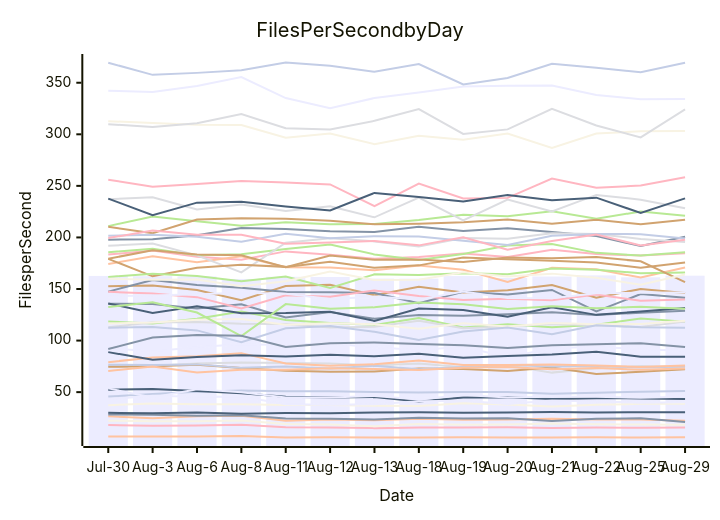
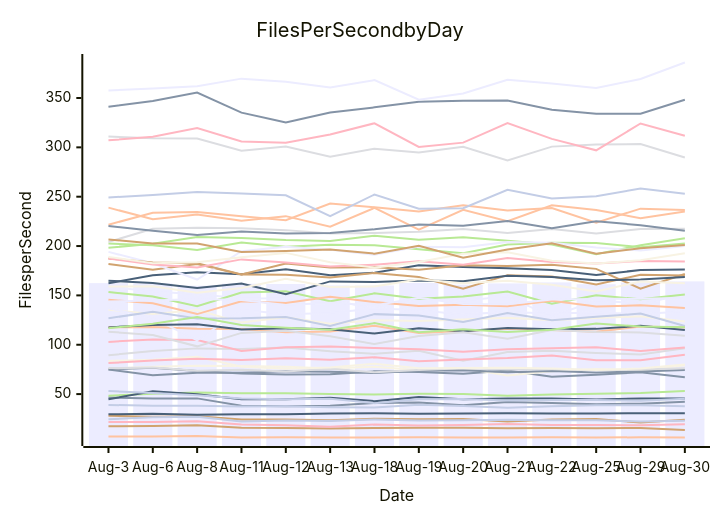
Before and after one commit to streetsidesoftware/cspell: the diagram in perf-report.md, drawn with Mermaid. The commit also changed other lines of this file and 1 other file, not shown here.

````diff
--- a/perf-report.md
+++ b/perf-report.md
@@ -10,57 +10,57 @@
 ```mermaid
 xychart-beta
     title Files Per Second by Day
     y-axis Files per Second
-    x-axis Date [Jul-30, Aug-3, Aug-6, Aug-8, Aug-11, Aug-12, Aug-13, Aug-18, Aug-19, Aug-20, Aug-21, Aug-22, Aug-25, Aug-29]
-    bar [162.66, 162.42, 162.15, 159.78, 161.87, 161.59, 160.12, 160.00, 162.54, 160.82, 162.11, 163.20, 161.31, 162.91]
-    line [135.66, 135.43, 131.19, 135.23, 122.44, 127.81, 121.17, 124.81, 124.18, 125.47, 127.40, 124.91, 126.98, 128.83]
-    line [26.72, 24.58, 26.54, 27.00, 22.24, 23.36, 22.81, 24.23, 23.27, 23.59, 24.08, 23.43, 23.40, 22.23]
-    line [74.99, 75.71, 77.66, 78.66, 78.35, 77.65, 75.86, 77.65, 74.07, 76.09, 68.93, 73.13, 75.35, 74.03]
-    line [118.39, 116.67, 121.26, 128.17, 119.97, 117.10, 115.21, 121.90, 112.74, 115.76, 112.80, 115.24, 121.46, 118.37]
-    line [74.56, 75.13, 76.66, 73.32, 70.77, 69.86, 70.01, 73.04, 72.36, 70.62, 73.83, 67.67, 69.68, 72.12]
-    line [76.65, 76.34, 76.92, 73.53, 74.78, 72.96, 75.57, 72.13, 74.31, 76.20, 74.98, 75.32, 73.98, 74.92]
-    line [18.02, 17.45, 17.65, 18.37, 15.99, 15.64, 15.11, 15.67, 15.78, 15.86, 15.35, 15.70, 15.41, 15.75]
-    line [135.91, 126.83, 133.33, 126.61, 126.72, 128.04, 119.05, 131.02, 129.61, 123.08, 132.18, 124.93, 128.24, 131.60]
-    line [37.37, 39.03, 38.14, 38.18, 37.54, 37.60, 36.71, 36.51, 39.25, 38.04, 36.06, 37.72, 38.63, 38.79]
-    line [92.79, 89.32, 93.72, 96.32, 95.66, 97.25, 93.41, 90.83, 93.92, 83.91, 92.53, 93.93, 91.70, 90.17]
-    line [197.81, 198.32, 202.22, 209.23, 208.13, 206.12, 205.21, 210.46, 206.31, 208.96, 205.28, 201.48, 191.68, 200.76]
-    line [70.57, 74.92, 69.05, 71.64, 71.63, 73.23, 72.55, 71.44, 73.71, 74.27, 72.25, 73.30, 71.82, 72.99]
-    line [112.83, 117.78, 117.94, 116.33, 116.04, 112.64, 113.43, 119.19, 111.93, 114.00, 116.17, 114.97, 113.11, 118.41]
-    line [210.97, 220.37, 215.62, 211.22, 214.76, 212.79, 213.14, 217.00, 221.94, 220.45, 225.30, 218.11, 225.16, 221.13]
-    line [210.28, 204.15, 217.44, 218.55, 218.05, 216.13, 212.80, 213.27, 214.61, 217.28, 213.25, 217.17, 212.77, 217.16]
-    line [45.66, 48.27, 50.39, 51.68, 50.89, 50.88, 50.22, 49.59, 50.25, 50.03, 48.40, 49.47, 50.47, 51.15]
-    line [183.37, 187.31, 181.39, 178.30, 186.48, 183.29, 179.27, 181.07, 184.49, 180.99, 187.99, 183.89, 182.41, 184.77]
-    line [52.43, 53.03, 51.13, 48.90, 45.53, 44.69, 45.18, 40.85, 44.70, 45.09, 43.47, 44.07, 43.94, 43.35]
-    line [116.65, 117.60, 120.09, 120.85, 115.35, 116.69, 115.74, 111.39, 116.78, 113.71, 117.01, 115.75, 116.08, 119.18]
-    line [53.65, 44.73, 52.88, 49.80, 44.85, 44.73, 46.28, 42.85, 47.12, 44.69, 45.57, 45.49, 44.61, 45.50]
-    line [28.32, 27.98, 27.09, 27.59, 24.33, 24.19, 23.40, 25.07, 24.48, 24.64, 22.11, 24.14, 24.67, 21.16]
-    line [174.17, 181.77, 175.87, 181.75, 171.06, 170.80, 168.18, 172.80, 168.69, 156.73, 170.52, 169.10, 161.12, 170.94]
-    line [236.98, 238.93, 227.08, 231.94, 225.75, 230.29, 219.53, 238.65, 216.52, 236.75, 225.24, 241.21, 236.60, 228.23]
-    line [185.70, 188.91, 182.68, 183.70, 188.70, 193.07, 183.50, 178.10, 183.95, 192.12, 193.67, 185.05, 182.38, 185.55]
-    line [152.63, 153.39, 148.93, 139.04, 152.86, 154.13, 144.07, 152.10, 146.68, 148.87, 153.90, 141.45, 150.06, 146.03]
-    line [112.55, 113.19, 109.88, 98.38, 112.00, 114.17, 108.57, 100.66, 108.77, 112.72, 106.20, 114.85, 112.98, 112.47]
-    line [255.93, 249.24, 251.79, 254.83, 253.26, 251.44, 230.32, 252.21, 237.84, 238.36, 257.03, 248.15, 250.39, 258.39]
-    line [29.94, 29.48, 30.19, 29.03, 29.67, 29.60, 30.33, 30.62, 30.06, 30.32, 30.71, 30.33, 30.41, 30.59]
-    line [22.35, 21.72, 21.80, 22.54, 19.07, 18.54, 16.95, 19.10, 18.27, 18.74, 19.65, 18.80, 18.62, 18.45]
-    line [43.06, 46.57, 45.56, 45.66, 38.22, 37.79, 38.23, 41.09, 41.54, 38.59, 41.99, 40.85, 39.81, 40.28]
-    line [147.43, 158.79, 154.00, 151.10, 147.11, 146.86, 146.10, 136.12, 147.29, 144.63, 149.12, 128.33, 145.05, 141.62]
-    line [79.08, 83.62, 84.88, 87.82, 77.70, 75.58, 76.94, 80.70, 76.26, 76.41, 76.73, 75.85, 74.38, 75.85]
-    line [191.90, 194.07, 182.58, 166.07, 194.86, 199.17, 196.17, 191.14, 199.41, 198.71, 204.15, 203.44, 198.55, 195.50]
-    line [132.62, 137.05, 127.16, 104.34, 135.34, 130.97, 132.26, 136.82, 135.16, 130.52, 133.31, 131.34, 132.85, 130.95]
-    line [179.24, 162.30, 170.51, 173.47, 171.46, 176.49, 170.50, 172.92, 180.52, 178.78, 177.41, 175.76, 170.70, 175.74]
-    line [201.55, 202.60, 200.71, 195.89, 203.57, 199.20, 201.23, 200.81, 196.78, 192.62, 201.64, 203.42, 203.18, 198.91]
-    line [199.37, 206.67, 202.54, 202.61, 193.89, 195.05, 196.60, 192.32, 200.16, 188.13, 196.57, 202.87, 192.16, 197.82]
-    line [237.66, 221.63, 233.74, 234.59, 230.11, 226.13, 243.15, 239.31, 234.89, 241.23, 236.06, 238.56, 223.75, 237.91]
-    line [312.72, 310.96, 309.18, 308.97, 296.59, 300.81, 290.46, 298.69, 294.82, 300.68, 286.71, 300.74, 302.95, 303.29]
-    line [342.33, 341.03, 346.90, 355.56, 335.17, 325.27, 335.20, 340.52, 346.23, 347.14, 347.41, 338.20, 333.97, 334.12]
-    line [91.83, 102.88, 105.40, 104.69, 93.74, 97.45, 98.22, 96.65, 95.35, 92.84, 95.49, 96.50, 97.40, 93.72]
-    line [6.92, 6.91, 7.06, 7.47, 6.09, 6.22, 6.12, 6.05, 6.23, 6.09, 6.02, 6.19, 6.02, 6.20]
-    line [309.78, 307.09, 310.74, 319.60, 305.87, 304.71, 313.08, 324.40, 300.37, 304.78, 324.68, 308.60, 296.98, 324.16]
-    line [161.70, 164.91, 162.58, 157.48, 162.05, 151.08, 164.19, 163.52, 165.17, 164.35, 169.78, 168.65, 165.26, 166.00]
-    line [179.37, 187.46, 183.38, 182.66, 171.17, 182.41, 178.32, 178.57, 176.08, 180.57, 179.89, 180.99, 176.89, 156.76]
-    line [369.40, 357.63, 359.56, 362.02, 369.62, 366.45, 360.63, 368.14, 348.34, 354.65, 368.47, 364.63, 360.14, 369.32]
-    line [147.27, 145.58, 142.12, 131.06, 143.98, 142.41, 148.62, 143.28, 139.37, 140.53, 139.04, 144.69, 138.65, 139.89]
-    line [88.81, 81.39, 83.97, 85.77, 84.48, 86.21, 84.78, 87.25, 83.34, 85.16, 86.61, 89.19, 84.30, 84.25]
-    line [159.99, 159.02, 159.32, 152.64, 157.58, 166.90, 158.63, 158.95, 166.31, 162.23, 164.91, 160.87, 154.07, 164.02]
-    line [142.92, 143.82, 144.85, 146.35, 145.37, 140.27, 142.62, 139.83, 147.55, 141.21, 140.96, 145.89, 146.30, 146.55]
+    x-axis Date [Aug-3, Aug-6, Aug-8, Aug-11, Aug-12, Aug-13, Aug-18, Aug-19, Aug-20, Aug-21, Aug-22, Aug-25, Aug-29, Aug-30]
+    bar [162.42, 162.15, 159.78, 161.87, 161.59, 160.12, 160.00, 162.54, 160.82, 162.11, 163.20, 161.31, 162.91, 164.18]
+    line [46.57, 45.56, 45.66, 38.22, 37.79, 38.23, 41.09, 41.54, 38.59, 41.99, 40.85, 39.81, 40.28, 42.12]
+    line [6.91, 7.06, 7.47, 6.09, 6.22, 6.12, 6.05, 6.23, 6.09, 6.02, 6.19, 6.02, 6.20, 6.08]
+    line [89.32, 93.72, 96.32, 95.66, 97.25, 93.41, 90.83, 93.92, 83.91, 92.53, 93.93, 91.70, 90.17, 96.51]
+    line [48.27, 50.39, 51.68, 50.89, 50.88, 50.22, 49.59, 50.25, 50.03, 48.40, 49.47, 50.47, 51.15, 53.13]
+    line [27.98, 27.09, 27.59, 24.33, 24.19, 23.40, 25.07, 24.48, 24.64, 22.11, 24.14, 24.67, 21.16, 23.93]
+    line [24.58, 26.54, 27.00, 22.24, 23.36, 22.81, 24.23, 23.27, 23.59, 24.08, 23.43, 23.40, 22.23, 22.88]
+    line [102.88, 105.40, 104.69, 93.74, 97.45, 98.22, 96.65, 95.35, 92.84, 95.49, 96.50, 97.40, 93.72, 97.10]
+    line [44.73, 52.88, 49.80, 44.85, 44.73, 46.28, 42.85, 47.12, 44.69, 45.57, 45.49, 44.61, 45.50, 45.42]
+    line [135.43, 131.19, 135.23, 122.44, 127.81, 121.17, 124.81, 124.18, 125.47, 127.40, 124.91, 126.98, 128.83, 123.47]
+    line [158.79, 154.00, 151.10, 147.11, 146.86, 146.10, 136.12, 147.29, 144.63, 149.12, 128.33, 145.05, 141.62, 150.98]
+    line [75.13, 76.66, 73.32, 70.77, 69.86, 70.01, 73.04, 72.36, 70.62, 73.83, 67.67, 69.68, 72.12, 67.14]
+    line [117.78, 117.94, 116.33, 116.04, 112.64, 113.43, 119.19, 111.93, 114.00, 116.17, 114.97, 113.11, 118.41, 117.46]
+    line [310.96, 309.18, 308.97, 296.59, 300.81, 290.46, 298.69, 294.82, 300.68, 286.71, 300.74, 302.95, 303.29, 289.69]
+    line [202.60, 200.71, 195.89, 203.57, 199.20, 201.23, 200.81, 196.78, 192.62, 201.64, 203.42, 203.18, 198.91, 202.59]
+    line [17.45, 17.65, 18.37, 15.99, 15.64, 15.11, 15.67, 15.78, 15.86, 15.35, 15.70, 15.41, 15.75, 13.64]
+    line [53.03, 51.13, 48.90, 45.53, 44.69, 45.18, 40.85, 44.70, 45.09, 43.47, 44.07, 43.94, 43.35, 45.33]
+    line [21.72, 21.80, 22.54, 19.07, 18.54, 16.95, 19.10, 18.27, 18.74, 19.65, 18.80, 18.62, 18.45, 19.51]
+    line [162.30, 170.51, 173.47, 171.46, 176.49, 170.50, 172.92, 180.52, 178.78, 177.41, 175.76, 170.70, 175.74, 176.29]
+    line [75.71, 77.66, 78.66, 78.35, 77.65, 75.86, 77.65, 74.07, 76.09, 68.93, 73.13, 75.35, 74.03, 79.20]
+    line [137.05, 127.16, 104.34, 135.34, 130.97, 132.26, 136.82, 135.16, 130.52, 133.31, 131.34, 132.85, 130.95, 133.97]
+    line [74.92, 69.05, 71.64, 71.63, 73.23, 72.55, 71.44, 73.71, 74.27, 72.25, 73.30, 71.82, 72.99, 74.32]
+    line [238.93, 227.08, 231.94, 225.75, 230.29, 219.53, 238.65, 216.52, 236.75, 225.24, 241.21, 236.60, 228.23, 234.90]
+    line [76.34, 76.92, 73.53, 74.78, 72.96, 75.57, 72.13, 74.31, 76.20, 74.98, 75.32, 73.98, 74.92, 76.29]
+    line [198.32, 202.22, 209.23, 208.13, 206.12, 205.21, 210.46, 206.31, 208.96, 205.28, 201.48, 191.68, 200.76, 208.00]
+    line [181.77, 175.87, 181.75, 171.06, 170.80, 168.18, 172.80, 168.69, 156.73, 170.52, 169.10, 161.12, 170.94, 170.25]
+    line [39.03, 38.14, 38.18, 37.54, 37.60, 36.71, 36.51, 39.25, 38.04, 36.06, 37.72, 38.63, 38.79, 37.64]
+    line [307.09, 310.74, 319.60, 305.87, 304.71, 313.08, 324.40, 300.37, 304.78, 324.68, 308.60, 296.98, 324.16, 311.70]
+    line [117.60, 120.09, 120.85, 115.35, 116.69, 115.74, 111.39, 116.78, 113.71, 117.01, 115.75, 116.08, 119.18, 114.83]
+    line [83.62, 84.88, 87.82, 77.70, 75.58, 76.94, 80.70, 76.26, 76.41, 76.73, 75.85, 74.38, 75.85, 80.03]
+    line [194.07, 182.58, 166.07, 194.86, 199.17, 196.17, 191.14, 199.41, 198.71, 204.15, 203.44, 198.55, 195.50, 200.03]
+    line [341.03, 346.90, 355.56, 335.17, 325.27, 335.20, 340.52, 346.23, 347.14, 347.41, 338.20, 333.97, 334.12, 348.18]
+    line [221.63, 233.74, 234.59, 230.11, 226.13, 243.15, 239.31, 234.89, 241.23, 236.06, 238.56, 223.75, 237.91, 236.57]
+    line [204.15, 217.44, 218.55, 218.05, 216.13, 212.80, 213.27, 214.61, 217.28, 213.25, 217.17, 212.77, 217.16, 217.55]
+    line [153.39, 148.93, 139.04, 152.86, 154.13, 144.07, 152.10, 146.68, 148.87, 153.90, 141.45, 150.06, 146.03, 150.91]
+    line [187.46, 183.38, 182.66, 171.17, 182.41, 178.32, 178.57, 176.08, 180.57, 179.89, 180.99, 176.89, 156.76, 171.69]
+    line [126.83, 133.33, 126.61, 126.72, 128.04, 119.05, 131.02, 129.61, 123.08, 132.18, 124.93, 128.24, 131.60, 119.08]
+    line [187.31, 181.39, 178.30, 186.48, 183.29, 179.27, 181.07, 184.49, 180.99, 187.99, 183.89, 182.41, 184.77, 184.32]
+    line [29.48, 30.19, 29.03, 29.67, 29.60, 30.33, 30.62, 30.06, 30.32, 30.71, 30.33, 30.41, 30.59, 30.66]
+    line [188.91, 182.68, 183.70, 188.70, 193.07, 183.50, 178.10, 183.95, 192.12, 193.67, 185.05, 182.38, 185.55, 192.63]
+    line [357.63, 359.56, 362.02, 369.62, 366.45, 360.63, 368.14, 348.34, 354.65, 368.47, 364.63, 360.14, 369.32, 385.97]
+    line [220.37, 215.62, 211.22, 214.76, 212.79, 213.14, 217.00, 221.94, 220.45, 225.30, 218.11, 225.16, 221.13, 215.55]
+    line [145.58, 142.12, 131.06, 143.98, 142.41, 148.62, 143.28, 139.37, 140.53, 139.04, 144.69, 138.65, 139.89, 137.22]
+    line [113.19, 109.88, 98.38, 112.00, 114.17, 108.57, 100.66, 108.77, 112.72, 106.20, 114.85, 112.98, 112.47, 109.12]
+    line [116.67, 121.26, 128.17, 119.97, 117.10, 115.21, 121.90, 112.74, 115.76, 112.80, 115.24, 121.46, 118.37, 117.80]
+    line [206.67, 202.54, 202.61, 193.89, 195.05, 196.60, 192.32, 200.16, 188.13, 196.57, 202.87, 192.16, 197.82, 201.14]
+    line [249.24, 251.79, 254.83, 253.26, 251.44, 230.32, 252.21, 237.84, 238.36, 257.03, 248.15, 250.39, 258.39, 253.08]
+    line [81.39, 83.97, 85.77, 84.48, 86.21, 84.78, 87.25, 83.34, 85.16, 86.61, 89.19, 84.30, 84.25, 89.96]
+    line [164.91, 162.58, 157.48, 162.05, 151.08, 164.19, 163.52, 165.17, 164.35, 169.78, 168.65, 165.26, 166.00, 168.74]
+    line [159.02, 159.32, 152.64, 157.58, 166.90, 158.63, 158.95, 166.31, 162.23, 164.91, 160.87, 154.07, 164.02, 162.33]
+    line [143.82, 144.85, 146.35, 145.37, 140.27, 142.62, 139.83, 147.55, 141.21, 140.96, 145.89, 146.30, 146.55, 147.24]
 ```
````
